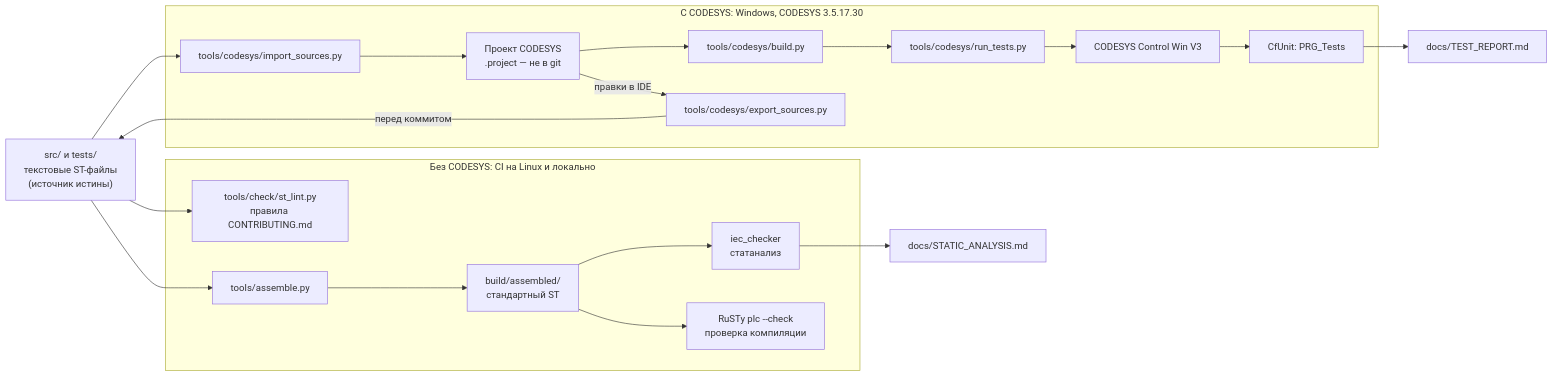
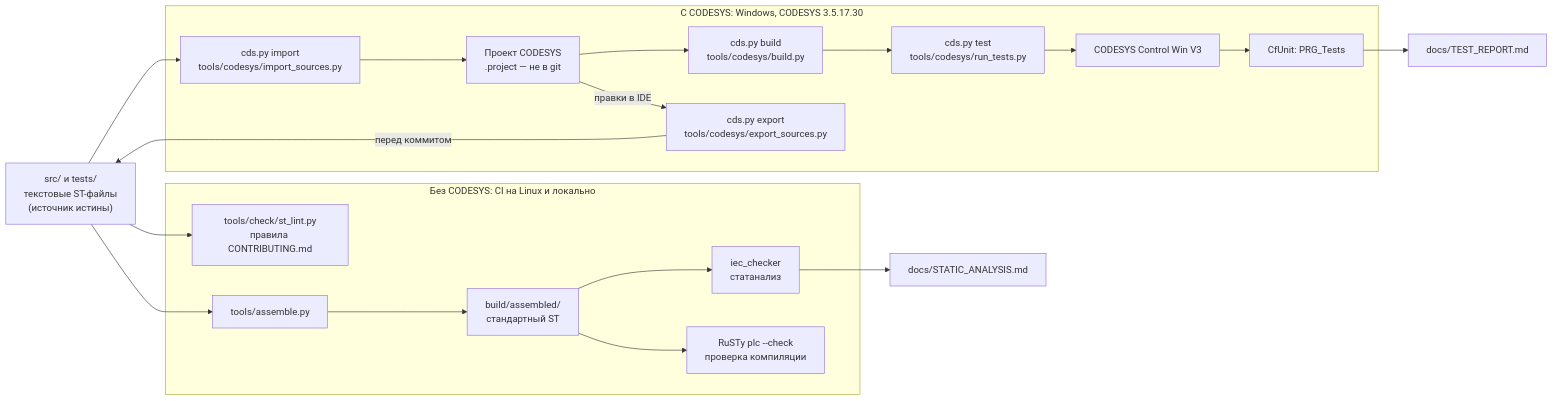
Before and after one commit to kr0nsch/plc-repo-template: the diagram in docs/ARCHITECTURE.md, drawn with Mermaid. The commit also changed other lines of this file and 6 other files, not shown here.

````diff
--- a/docs/ARCHITECTURE.md
+++ b/docs/ARCHITECTURE.md
@@ -9,32 +9,32 @@
 ```mermaid
 flowchart LR
     src["src/ и tests/<br/>текстовые ST-файлы<br/>(источник истины)"]
 
     subgraph ci["Без CODESYS: CI на Linux и локально"]
         lint["tools/check/st_lint.py<br/>правила CONTRIBUTING.md"]
         asm["tools/assemble.py"]
         built["build/assembled/<br/>стандартный ST"]
         iec["iec_checker<br/>статанализ"]
         rusty["RuSTy plc --check<br/>проверка компиляции"]
     end
 
     subgraph cds["С CODESYS: Windows, CODESYS 3.5.17.30"]
-        imp["tools/codesys/import_sources.py"]
+        imp["cds.py import<br/>tools/codesys/import_sources.py"]
         proj["Проект CODESYS<br/>.project — не в git"]
-        bld["tools/codesys/build.py"]
-        run["tools/codesys/run_tests.py"]
+        bld["cds.py build<br/>tools/codesys/build.py"]
+        run["cds.py test<br/>tools/codesys/run_tests.py"]
         ctrl["CODESYS Control Win V3"]
         cf["CfUnit: PRG_Tests"]
-        exp["tools/codesys/export_sources.py"]
+        exp["cds.py export<br/>tools/codesys/export_sources.py"]
     end
 
     rep["docs/TEST_REPORT.md"]
     sa["docs/STATIC_ANALYSIS.md"]
 
     src --> lint
     src --> asm --> built
     built --> iec --> sa
     built --> rusty
     src --> imp --> proj --> bld --> run --> ctrl --> cf --> rep
     proj -- "правки в IDE" --> exp -- "перед коммитом" --> src
 ```
````
